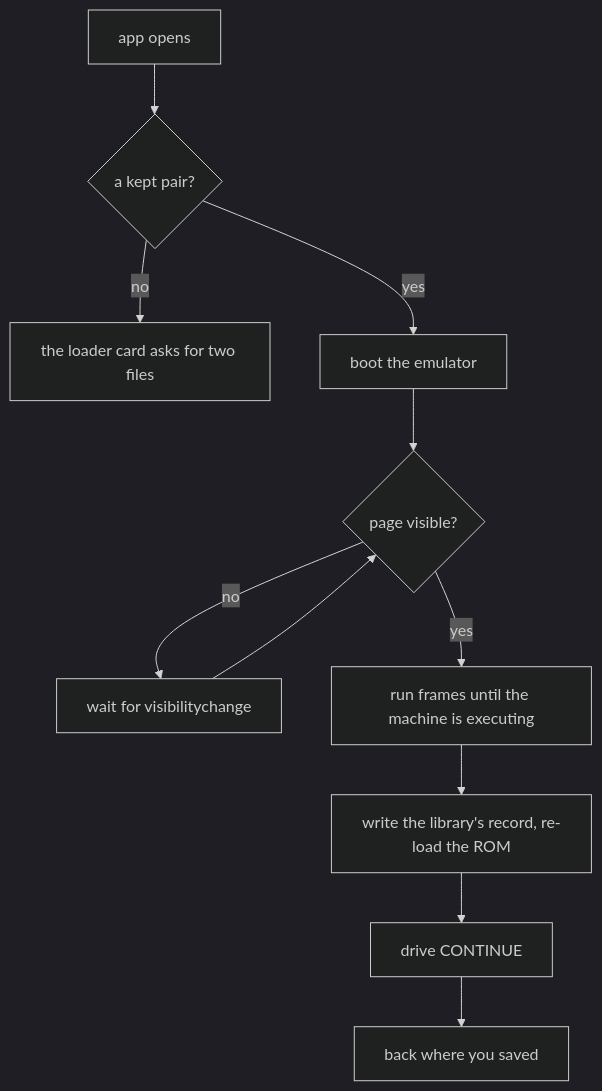
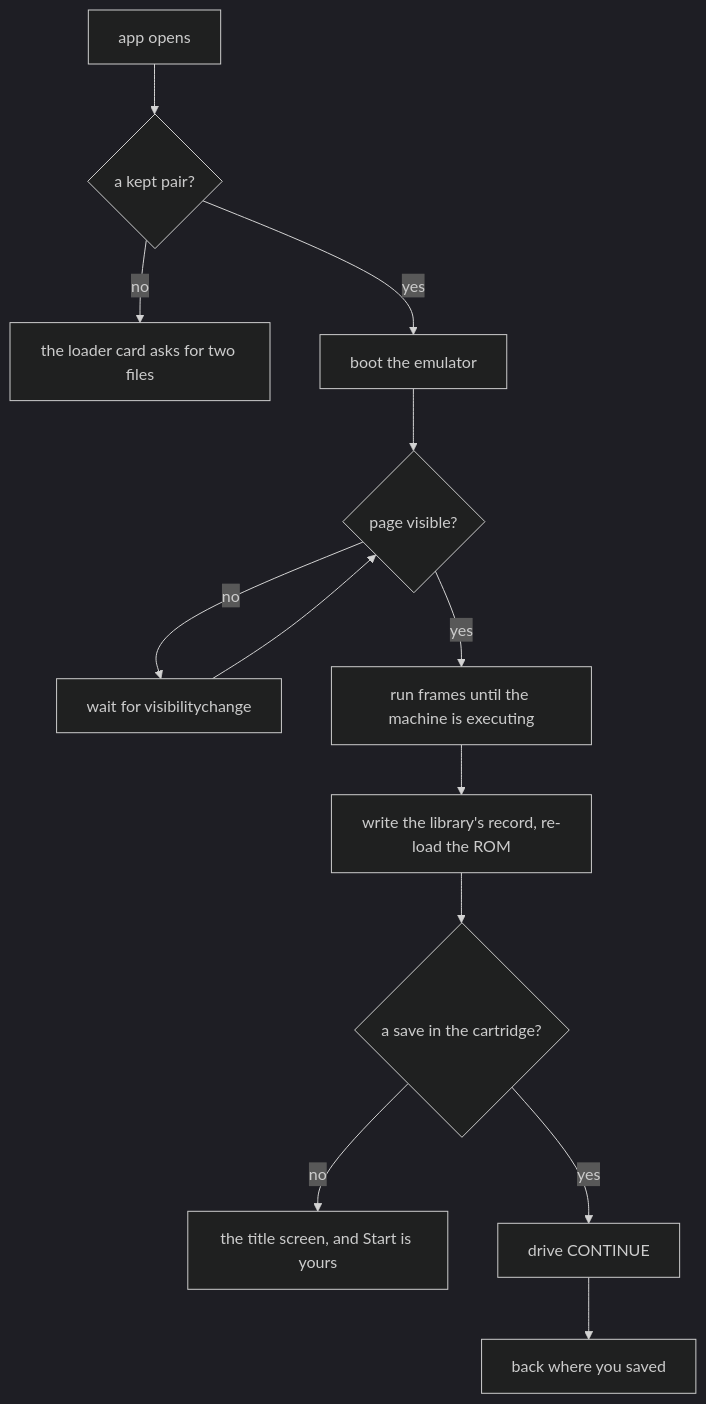
Before and after one commit to minormending/crystal-pilot-mobile: diagram 17 of 17 in docs/CODE.md, drawn with Mermaid (dark theme). The commit also changed other lines of this file and 4 other files, not shown here.

````diff
--- a/docs/CODE.md
+++ b/docs/CODE.md
@@ -1402,12 +1402,14 @@
 ```mermaid
 flowchart TD
     O["app opens"] --> R{"a kept pair?"}
     R -- no --> L["the loader card asks for two files"]
     R -- yes --> B["boot the emulator"]
     B --> V{"page visible?"}
     V -- no --> W["wait for visibilitychange"] --> V
     V -- yes --> A["run frames until the machine is executing"]
     A --> I["write the library's record, re-load the ROM"]
-    I --> C["drive CONTINUE"]
+    I --> S{"a save in the cartridge?"}
+    S -- no --> P["the title screen, and Start is yours"]
+    S -- yes --> C["drive CONTINUE"]
     C --> D["back where you saved"]
 ```
````
